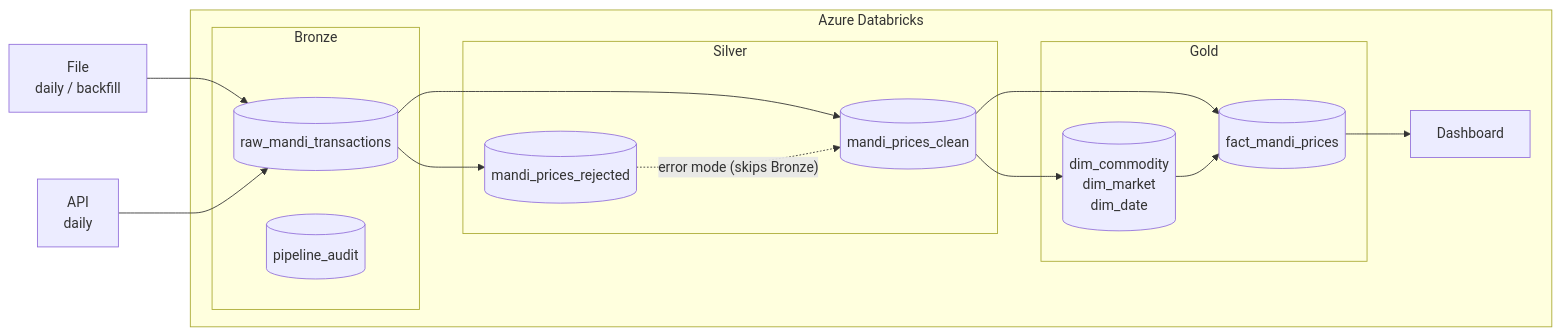
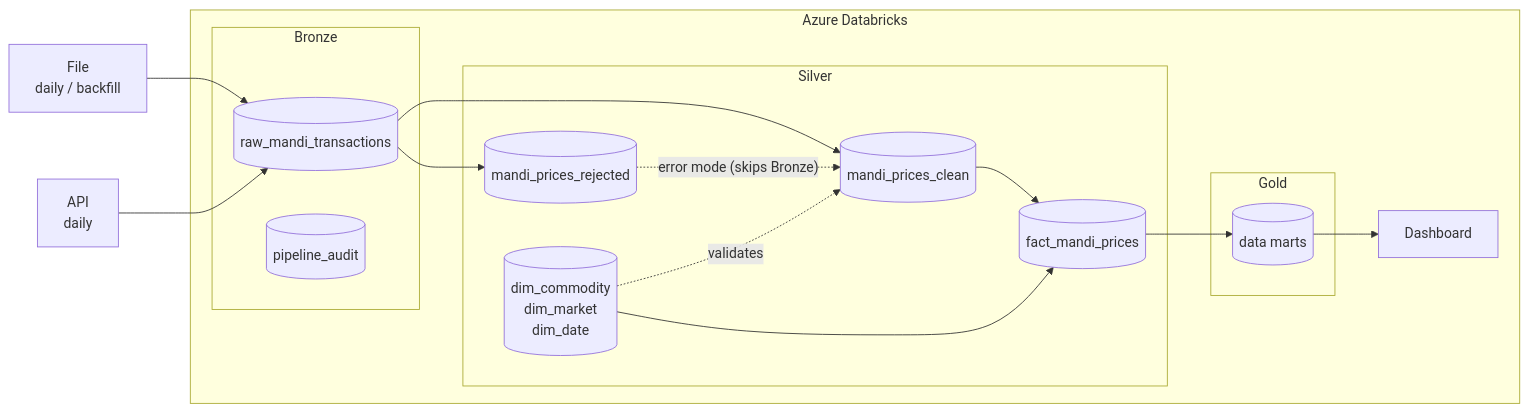
Before and after one commit to engineer-jeetdhanesha/gujarat-mandi-pipeline: the diagram in README.md, drawn with Mermaid. The commit also changed other lines of this file, not shown here.

Commit message:
docs: update readme for silver star schema, seed files and roadmap (#29)

````diff
--- a/README.md
+++ b/README.md
@@ -57,27 +57,29 @@
 ```mermaid
 flowchart LR
   FILE["File<br/>daily / backfill"] --> RAW
   API["API<br/>daily"] --> RAW
   subgraph Databricks["Azure Databricks"]
     subgraph Bronze
       RAW[("raw_mandi_transactions")]
       AUD[("pipeline_audit")]
     end
     subgraph Silver
       CLEAN[("mandi_prices_clean")]
       REJ[("mandi_prices_rejected")]
+      DIMS[("dim_commodity<br/>dim_market<br/>dim_date")]
+      FACT[("fact_mandi_prices")]
     end
     subgraph Gold
-      DIMS[("dim_commodity<br/>dim_market<br/>dim_date")]
-      FACT[("fact_mandi_prices")]
+      MARTS[("data marts")]
     end
     DASH["Dashboard"]
   end
   RAW --> CLEAN
   RAW --> REJ
   REJ -. "error mode (skips Bronze)" .-> CLEAN
-  CLEAN --> DIMS
+  DIMS -. "validates" .-> CLEAN
   CLEAN --> FACT
   DIMS --> FACT
-  FACT --> DASH
+  FACT --> MARTS
+  MARTS --> DASH
 ```
````
